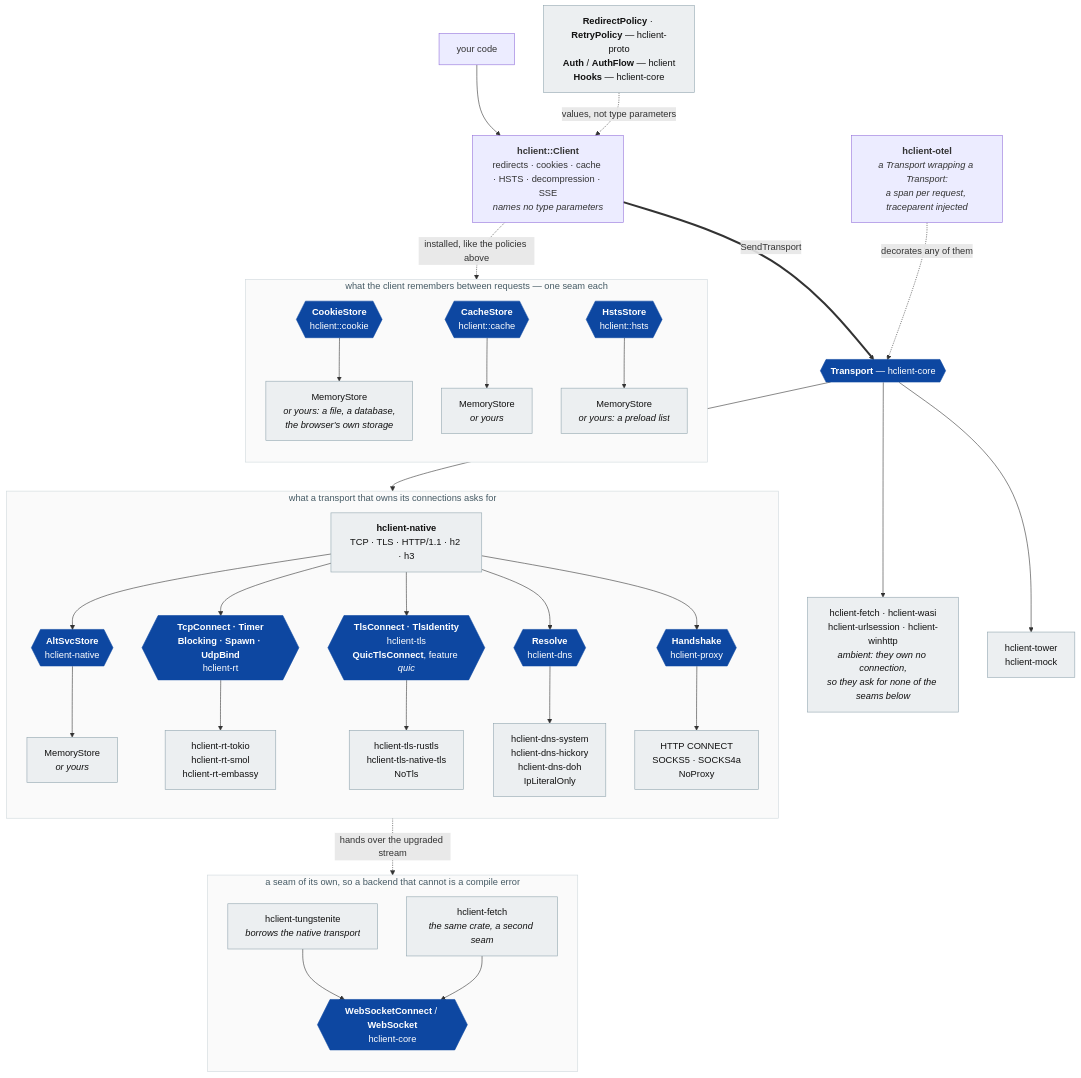
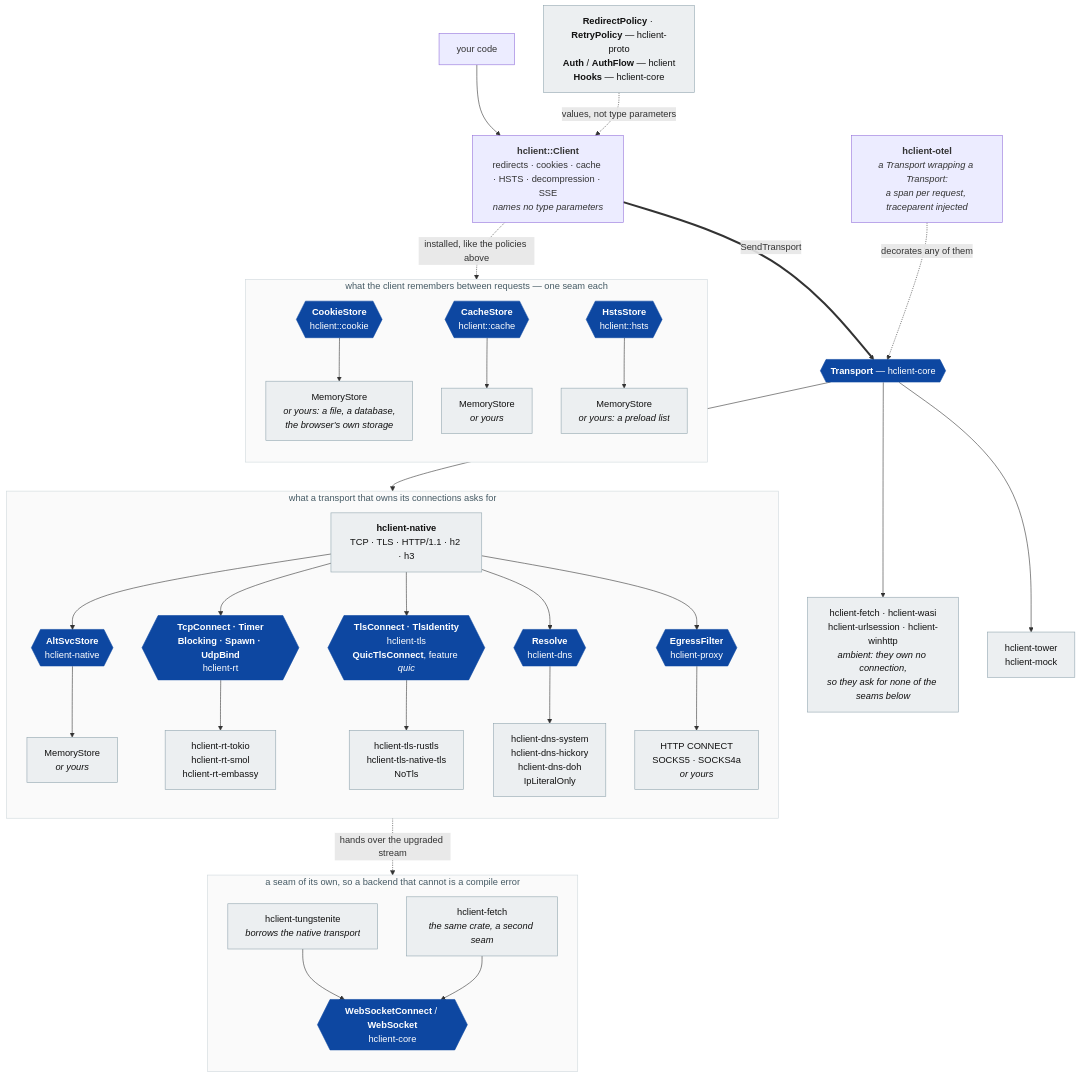
One commit to GamePad64/hclient changed the diagram in README.md. Above: the diagram before and after it, drawn with Mermaid. The commit also changed 7 other files, not shown here.

````diff
--- a/README.md
+++ b/README.md
@@ -77,50 +77,50 @@
 ```mermaid
 flowchart TB
     you["your code"] --> C
     C["<b>hclient::Client</b><br/>redirects · cookies · cache · HSTS · decompression · SSE<br/><i>names no type parameters</i>"]
     POL["<b>RedirectPolicy</b> · <b>RetryPolicy</b> — hclient-proto<br/><b>Auth</b> / <b>AuthFlow</b> — hclient<br/><b>Hooks</b> — hclient-core"] -. "values, not type parameters" .-> C
     C == "SendTransport" ==> TR{{"<b>Transport</b> — hclient-core"}}
     C -. "installed, like the policies above" .-> MEM
 
     TR --> AMB["hclient-fetch · hclient-wasi<br/>hclient-urlsession · hclient-winhttp<br/><i>ambient: they own no connection,<br/>so they ask for none of the seams below</i>"]
     TR --> OTH["hclient-tower<br/>hclient-mock"]
     OTEL["<b>hclient-otel</b><br/><i>a Transport wrapping a Transport:<br/>a span per request, traceparent injected</i>"] -. "decorates any of them" .-> TR
     TR --> NAT
     NAT -. "hands over the upgraded stream" .-> TUN
 
     subgraph OWN["what a transport that owns its connections asks for"]
         direction TB
         NAT["<b>hclient-native</b><br/>TCP · TLS · HTTP/1.1 · h2 · h3"]
         NAT --> RT{{"<b>TcpConnect · Timer</b><br/><b>Blocking · Spawn · UdpBind</b><br/>hclient-rt"}}
         NAT --> TLS{{"<b>TlsConnect · TlsIdentity</b><br/>hclient-tls<br/><b>QuicTlsConnect</b>, feature <i>quic</i>"}}
         NAT --> DNS{{"<b>Resolve</b><br/>hclient-dns"}}
-        NAT --> PXY{{"<b>Handshake</b><br/>hclient-proxy"}}
+        NAT --> PXY{{"<b>EgressFilter</b><br/>hclient-proxy"}}
         NAT --> ALT{{"<b>AltSvcStore</b><br/>hclient-native"}}
         ALT --> ALI["MemoryStore<br/><i>or yours</i>"]
         RT --> RTI["hclient-rt-tokio<br/>hclient-rt-smol<br/>hclient-rt-embassy"]
         TLS --> TLI["hclient-tls-rustls<br/>hclient-tls-native-tls<br/>NoTls"]
         DNS --> DNI["hclient-dns-system<br/>hclient-dns-hickory<br/>hclient-dns-doh<br/>IpLiteralOnly"]
-        PXY --> PXI["HTTP CONNECT<br/>SOCKS5 · SOCKS4a<br/>NoProxy"]
+        PXY --> PXI["HTTP CONNECT<br/>SOCKS5 · SOCKS4a<br/><i>or yours</i>"]
     end
 
     subgraph MEM["what the client remembers between requests — one seam each"]
         direction TB
         CS{{"<b>CookieStore</b><br/>hclient::cookie"}} --> CSI["MemoryStore<br/><i>or yours: a file, a database,<br/>the browser's own storage</i>"]
         HC{{"<b>CacheStore</b><br/>hclient::cache"}} --> HCI["MemoryStore<br/><i>or yours</i>"]
         HS{{"<b>HstsStore</b><br/>hclient::hsts"}} --> HSI["MemoryStore<br/><i>or yours: a preload list</i>"]
     end
 
     subgraph SOCK["a seam of its own, so a backend that cannot is a compile error"]
         direction TB
         TUN["hclient-tungstenite<br/><i>borrows the native transport</i>"] --> WS{{"<b>WebSocketConnect</b> / <b>WebSocket</b><br/>hclient-core"}}
         FE2["hclient-fetch<br/><i>the same crate, a second seam</i>"] --> WS
     end
 
     classDef cluster fill:#fafafa,stroke:#cfd8dc,color:#455a64;
     class OWN,SOCK cluster;
     class MEM cluster;
     classDef seam fill:#0d47a1,stroke:#0d47a1,color:#fff;
     classDef box fill:#eceff1,stroke:#90a4ae,color:#111;
     class TR,RT,TLS,DNS,PXY,WS,CS,HC,HS,ALT seam;
     class NAT,AMB,OTH,RTI,TLI,DNI,PXI,TUN,FE2,POL,CSI,HCI,HSI,ALI box;
 ```
````
